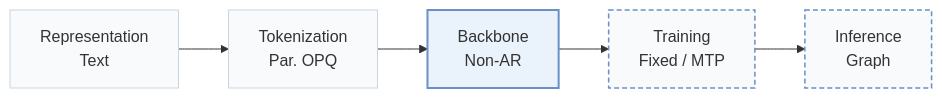
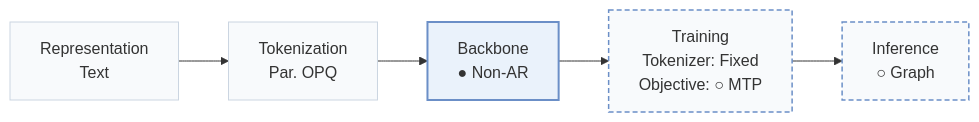
The first of 4 diagrams in pages/papers/rpg.md (Galaxy-ghost/Awesome-SID-Generative-Rec), drawn with Mermaid before and after one commit. The commit also changed other lines of this file and 558 other files, not shown here.

````diff
--- a/pages/papers/rpg.md
+++ b/pages/papers/rpg.md
@@ -15,10 +18,10 @@
 ```mermaid
 flowchart LR
-    R["Representation<br/>Text"] --> T["Tokenization<br/>Par. OPQ"] --> B["Backbone<br/>Non-AR"] --> TR["Training<br/>Fixed / MTP"] --> I["Inference<br/>Graph"]
+    R["Representation<br/>Text"] --> T["Tokenization<br/>Par. OPQ"] --> B["Backbone<br/>● Non-AR"] --> TR["Training<br/>Tokenizer: Fixed<br/>Objective: ○ MTP"] --> I["Inference<br/>○ Graph"]
     classDef base fill:#f8fafc,stroke:#cbd5e1
     class R,T,B,TR,I base
-    classDef also fill:#f8fafc,stroke:#6b8fc7,stroke-width:1.5px,stroke-dasharray:5 3
-    class TR,I also
+    classDef other fill:#f8fafc,stroke:#6b8fc7,stroke-width:1.5px,stroke-dasharray:5 3
+    class TR,I other
     classDef main fill:#eaf2fb,stroke:#6b8fc7,stroke-width:2px
     class B main
 ```
````
